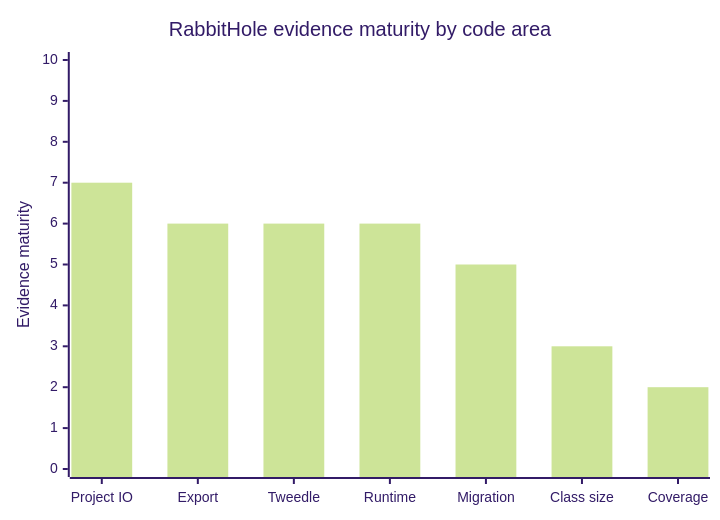
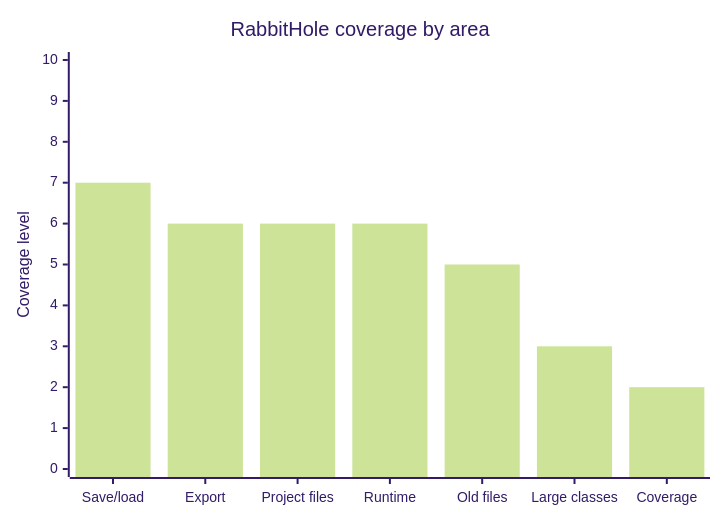
The third of 6 diagrams in README.md (rysweet/drinkme), drawn with Mermaid (forest theme) before and after one commit. The commit also changed other lines of this file, not shown here.

````diff
--- a/README.md
+++ b/README.md
@@ -64,7 +76,7 @@
 ```mermaid
 xychart-beta
-  title "RabbitHole evidence maturity by code area"
-  x-axis ["Project IO", "Export", "Tweedle", "Runtime", "Migration", "Class size", "Coverage"]
-  y-axis "Evidence maturity" 0 --> 10
+  title "RabbitHole coverage by area"
+  x-axis ["Save/load", "Export", "Project files", "Runtime", "Old files", "Large classes", "Coverage"]
+  y-axis "Coverage level" 0 --> 10
   bar [7, 6, 6, 6, 5, 3, 2]
 ```
````
